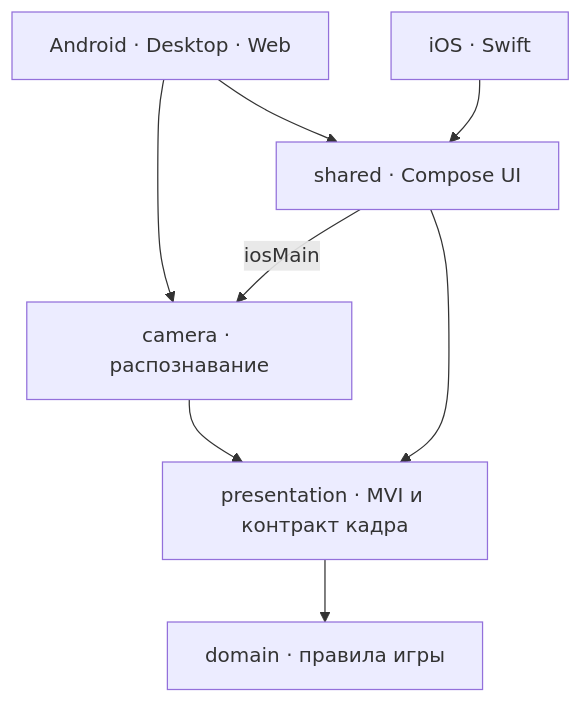
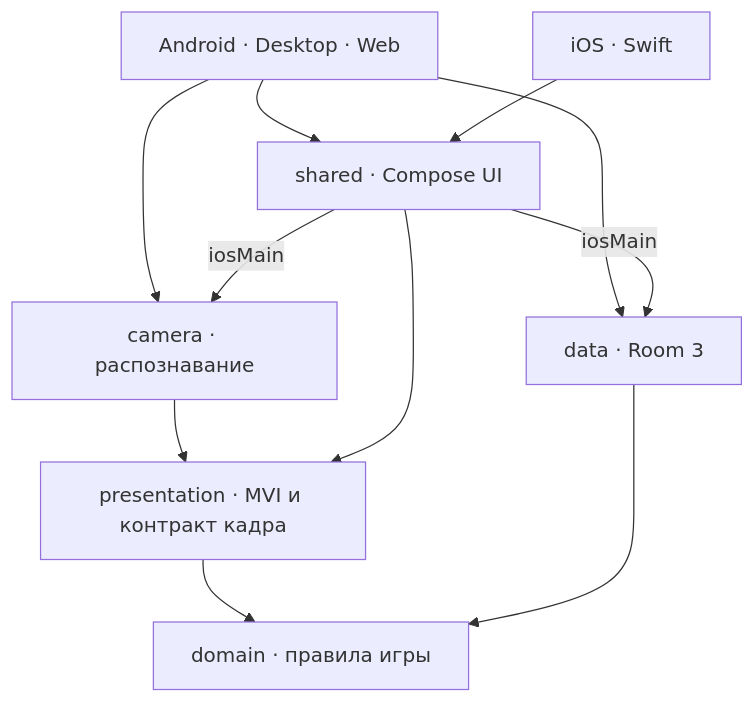
One commit to serpanti/janken changed the diagram in docs/ARCHITECTURE.md. Above: the diagram before and after it, drawn with Mermaid. The commit also changed other lines of this file and 3 other files, not shown here.

Commit message:
docs(architecture): describe local match storage and DI

````diff
--- a/docs/ARCHITECTURE.md
+++ b/docs/ARCHITECTURE.md
@@ -5,10 +5,13 @@
 ```mermaid
 graph TD
     A["Android · Desktop · Web"] --> UI["shared · Compose UI"]
     A --> C["camera · распознавание"]
+    A --> R["data · Room 3"]
     I["iOS · Swift"] --> UI
     UI -->|"iosMain"| C
+    UI -->|"iosMain"| R
     C --> P["presentation · MVI и контракт кадра"]
     UI --> P
     P --> D["domain · правила игры"]
+    R --> D
 ```
````
